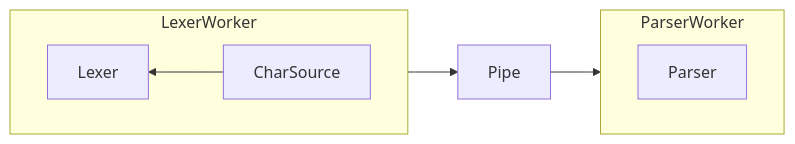
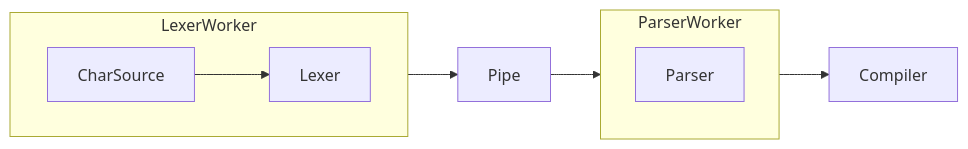
The diagram in README.md (Ramzeeset/Expression-Parser), drawn with Mermaid before and after one commit.

````diff
--- a/README.md
+++ b/README.md
@@ -7,13 +7,13 @@
 ```mermaid
 flowchart LR
     direction TB
     subgraph LexerWorker
-        direction RL
+        direction LR
         CharSource-->Lexer
     end
     subgraph ParserWorker
-        direction RL
         Parser
     end
     LexerWorker-->Pipe-->ParserWorker
+    ParserWorker-->Compiler
 ```
````
